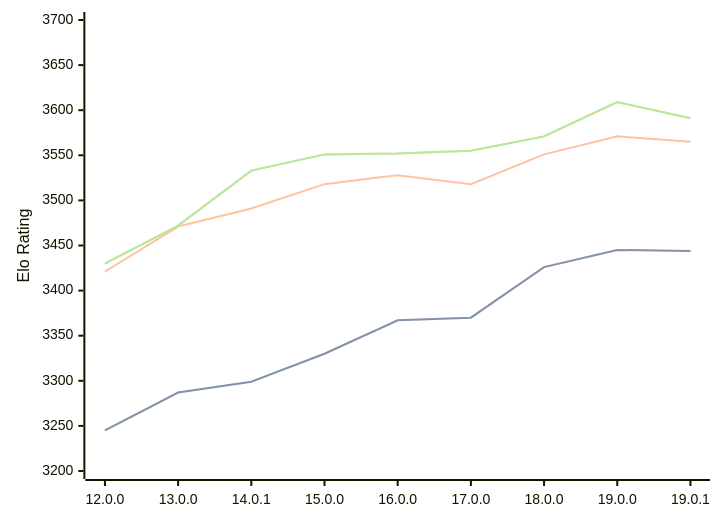
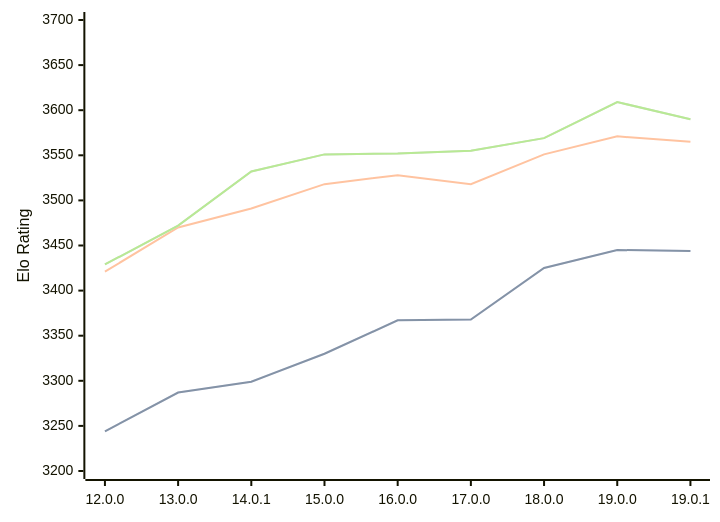
The diagram in engines/Viridithas.md (computer-chess-index/cci), drawn with Mermaid before and after one commit. The commit also changed other lines of this file, not shown here.

Commit message:
Update CCI Ratings (ELO VLTC) - 2026-04-20

````diff
--- a/engines/Viridithas.md
+++ b/engines/Viridithas.md
@@ -63,11 +63,11 @@
 ```mermaid
 %%{init: {"theme":"base","themeVariables":{"seriesColors:['#a3a3a3','#222221','#faa371']}}}%%
 xychart-beta
   x-axis ["12.0.0", "13.0.0", "14.0.1", "15.0.0", "16.0.0", "17.0.0", "18.0.0", "19.0.0", "19.0.1"]
   y-axis "Elo Rating" 3200 --> 3700
-  line "STC (8.0+0.08s)" [3245, 3287, 3299, 3330, 3367, 3370, 3426, 3445, 3444]
-  line "STC (8.0+0.08s)" [3245, 3287, 3299, 3330, 3367, 3370, 3426, 3445, 3444]
-  line "LTC (60.0+0.60s)" [3421, 3471, 3491, 3518, 3528, 3518, 3551, 3571, 3565]
-  line "VLTC (2m24s+1.12s)" [3430, 3472, 3533, 3551, 3552, 3555, 3571, 3609, 3591]
-  line "VLTC (2m24s+1.12s)" [3430, 3472, 3533, 3551, 3552, 3555, 3571, 3609, 3591]
+  line "STC (8.0+0.08s)" [3244, 3287, 3299, 3330, 3367, 3368, 3425, 3445, 3444]
+  line "STC (8.0+0.08s)" [3244, 3287, 3299, 3330, 3367, 3368, 3425, 3445, 3444]
+  line "LTC (60.0+0.60s)" [3421, 3470, 3491, 3518, 3528, 3518, 3551, 3571, 3565]
+  line "VLTC (2m24s+1.12s)" [3429, 3472, 3532, 3551, 3552, 3555, 3569, 3609, 3590]
+  line "VLTC (2m24s+1.12s)" [3429, 3472, 3532, 3551, 3552, 3555, 3569, 3609, 3590]
 ```
````
